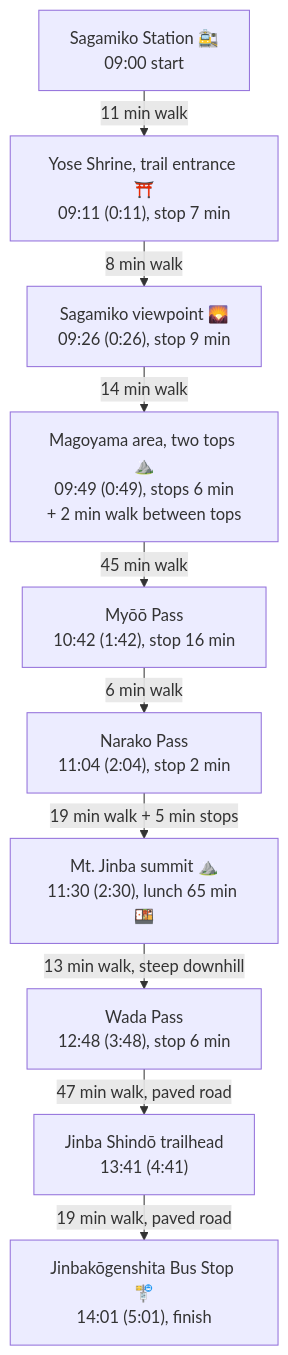
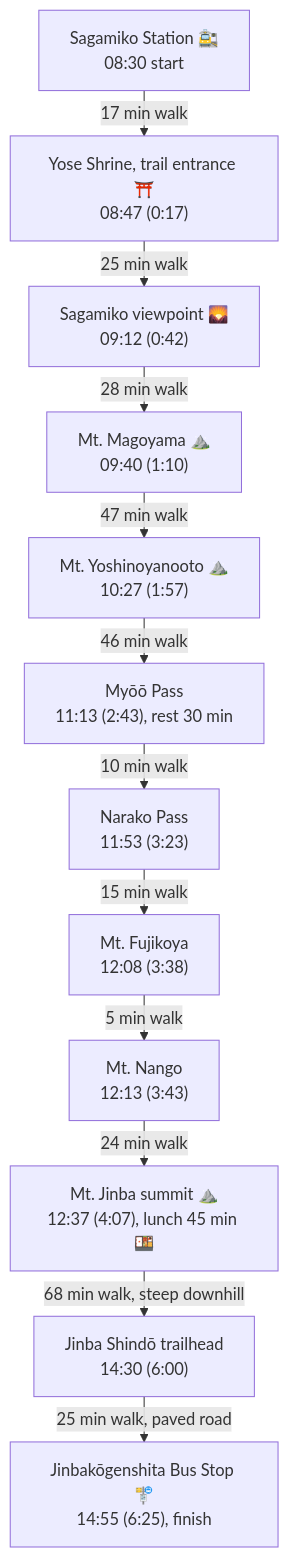
Before and after one commit to ahandsel/tokyo-hiker: the diagram in contents/level-1/jinba-sagamiko.md, drawn with Mermaid. The commit also changed other lines of this file and 1 other file, not shown here.

First line of the commit message:
📝 Update the Mt. Jinba route plan

````diff
--- a/contents/level-1/jinba-sagamiko.md
+++ b/contents/level-1/jinba-sagamiko.md
@@ -107,27 +120,31 @@
 ```mermaid
 ---
 config:
   flowchart:
     rankSpacing: 20
 ---
 flowchart TD
-  A["Sagamiko Station 🚉<br>09:00 start"]
-  B["Yose Shrine, trail entrance ⛩️<br>09:11 (0:11), stop 7 min"]
-  C["Sagamiko viewpoint 🌄<br>09:26 (0:26), stop 9 min"]
-  D["Magoyama area, two tops ⛰️<br>09:49 (0:49), stops 6 min<br>+ 2 min walk between tops"]
-  E["Myōō Pass<br>10:42 (1:42), stop 16 min"]
-  F["Narako Pass<br>11:04 (2:04), stop 2 min"]
-  G["Mt. Jinba summit ⛰️<br>11:30 (2:30), lunch 65 min 🍱"]
-  H["Wada Pass<br>12:48 (3:48), stop 6 min"]
-  I["Jinba Shindō trailhead<br>13:41 (4:41)"]
-  J["Jinbakōgenshita Bus Stop 🚏<br>14:01 (5:01), finish"]
-  A -->|"11 min walk"| B
-  B -->|"8 min walk"| C
-  C -->|"14 min walk"| D
-  D -->|"45 min walk"| E
-  E -->|"6 min walk"| F
-  F -->|"19 min walk + 5 min stops"| G
-  G -->|"13 min walk, steep downhill"| H
-  H -->|"47 min walk, paved road"| I
-  I -->|"19 min walk, paved road"| J
+  A["Sagamiko Station 🚉<br>08:30 start"]
+  B["Yose Shrine, trail entrance ⛩️<br>08:47 (0:17)"]
+  C["Sagamiko viewpoint 🌄<br>09:12 (0:42)"]
+  D["Mt. Magoyama ⛰️<br>09:40 (1:10)"]
+  E["Mt. Yoshinoyanooto ⛰️<br>10:27 (1:57)"]
+  F["Myōō Pass<br>11:13 (2:43), rest 30 min"]
+  G["Narako Pass<br>11:53 (3:23)"]
+  H["Mt. Fujikoya<br>12:08 (3:38)"]
+  I["Mt. Nango<br>12:13 (3:43)"]
+  J["Mt. Jinba summit ⛰️<br>12:37 (4:07), lunch 45 min 🍱"]
+  K["Jinba Shindō trailhead<br>14:30 (6:00)"]
+  L["Jinbakōgenshita Bus Stop 🚏<br>14:55 (6:25), finish"]
+  A -->|"17 min walk"| B
+  B -->|"25 min walk"| C
+  C -->|"28 min walk"| D
+  D -->|"47 min walk"| E
+  E -->|"46 min walk"| F
+  F -->|"10 min walk"| G
+  G -->|"15 min walk"| H
+  H -->|"5 min walk"| I
+  I -->|"24 min walk"| J
+  J -->|"68 min walk, steep downhill"| K
+  K -->|"25 min walk, paved road"| L
 ```
````
